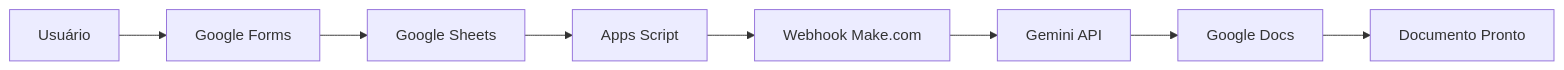
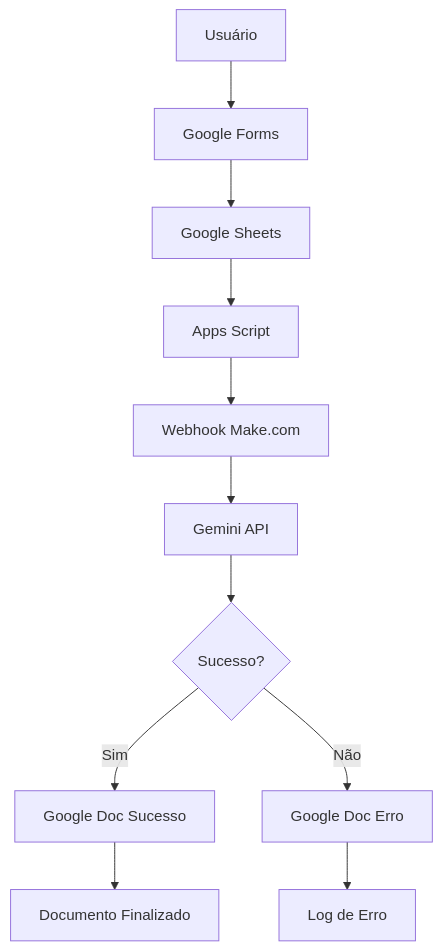
Before and after one commit to joao-coimbra/comunica-ia: the diagram in DOCUMENTACAO.md, drawn with Mermaid. The commit also changed other lines of this file and 2 other files, not shown here.

````diff
--- a/DOCUMENTACAO.md
+++ b/DOCUMENTACAO.md
@@ -159,10 +160,13 @@
 ```mermaid
-graph LR
+graph TD
     A[Usuário] --> B[Google Forms]
     B --> C[Google Sheets]
     C --> D[Apps Script]
     D --> E[Webhook Make.com]
     E --> F[Gemini API]
-    F --> G[Google Docs]
-    G --> H[Documento Pronto]
+    F --> G{Sucesso?}
+    G -->|Sim| H[Google Doc Sucesso]
+    G -->|Não| I[Google Doc Erro]
+    H --> J[Documento Finalizado]
+    I --> K[Log de Erro]
 ```
````
